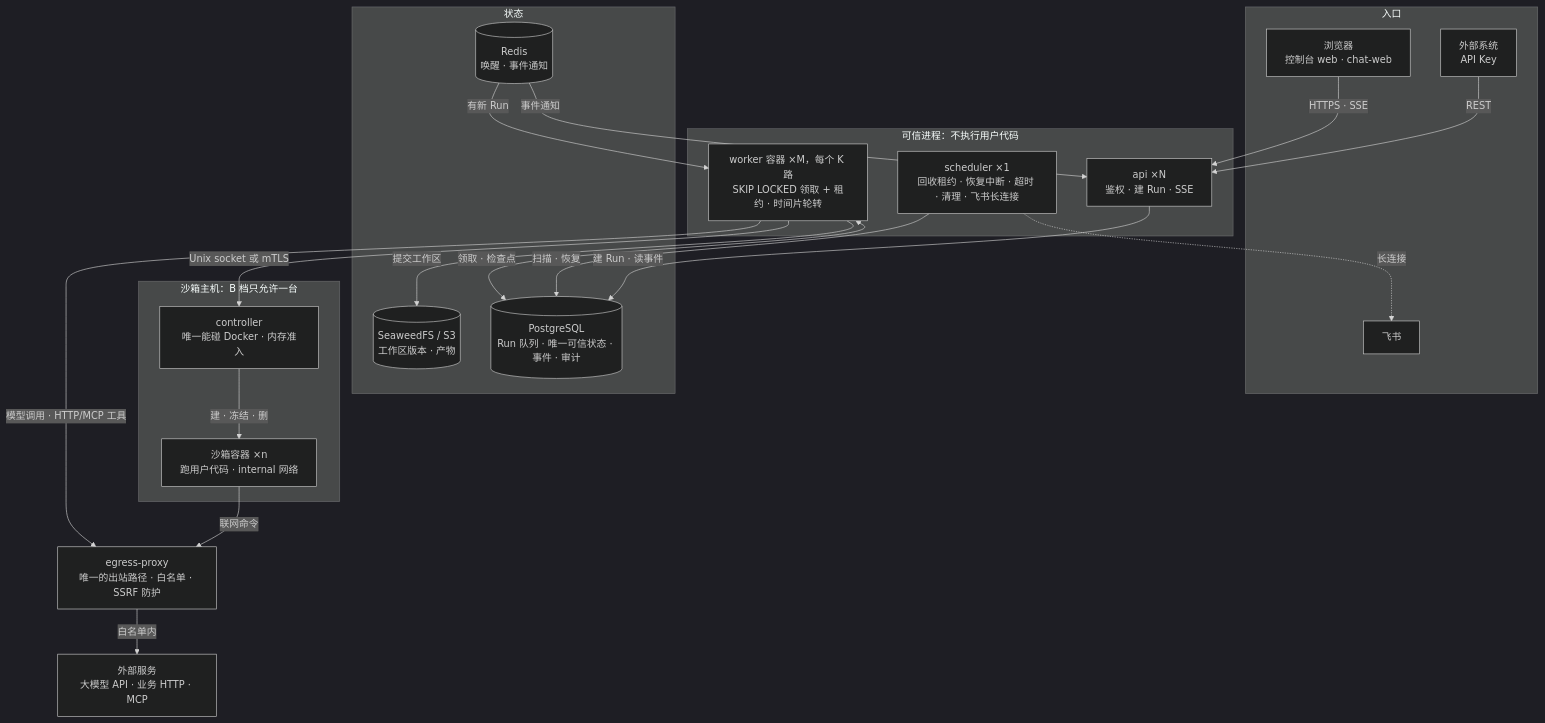
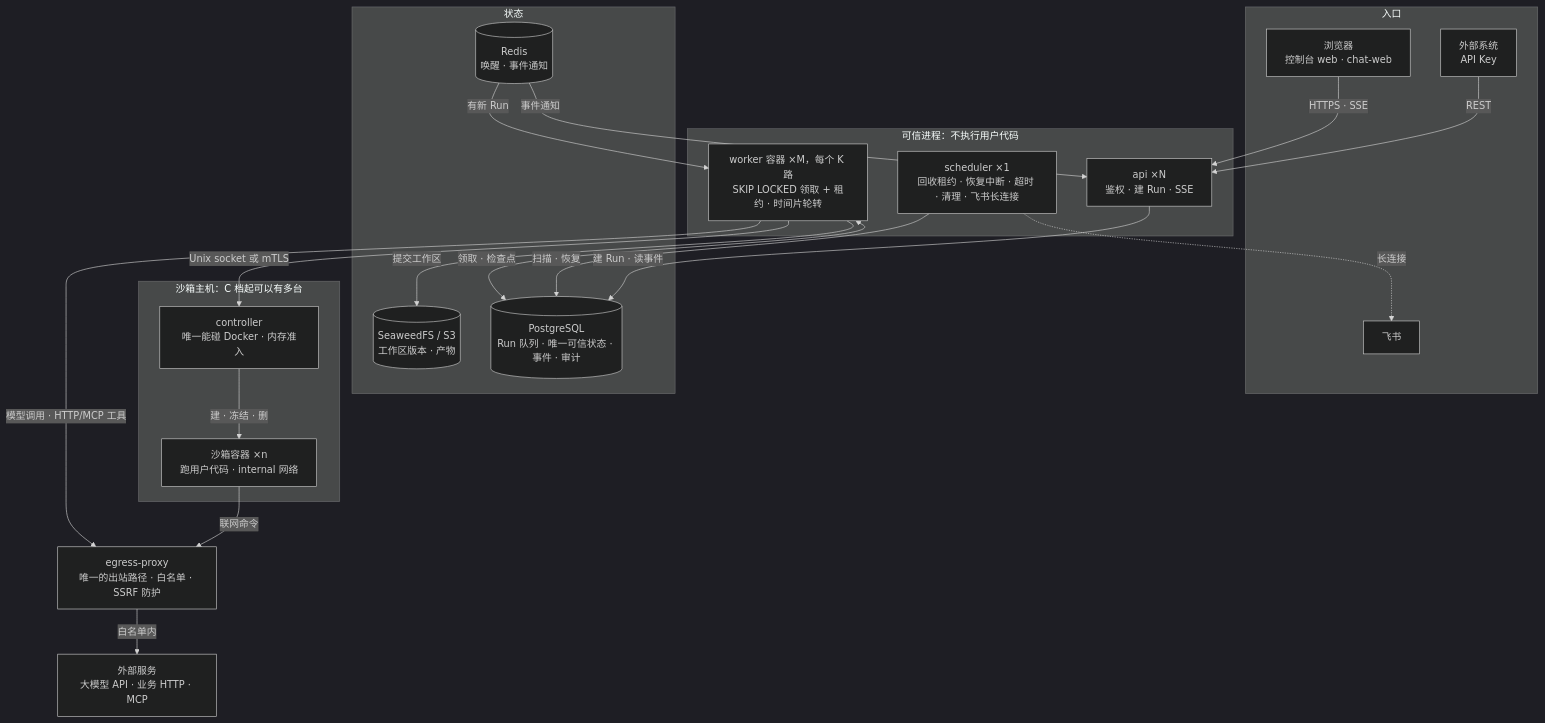
One commit to parkour-Cat/tiny-hermes changed the first of 2 diagrams in docs/architecture.md. Above: the diagram before and after it, drawn with Mermaid (dark theme). The commit also changed other lines of this file and 6 other files, not shown here.

````diff
--- a/docs/architecture.md
+++ b/docs/architecture.md
@@ -22,43 +22,43 @@
 ```mermaid
 flowchart TB
   subgraph entry[入口]
     browser[浏览器<br/>控制台 web · chat-web]
     caller[外部系统<br/>API Key]
     feishu[飞书]
   end
 
   subgraph trusted[可信进程：不执行用户代码]
     api[api ×N<br/>鉴权 · 建 Run · SSE]
     scheduler[scheduler ×1<br/>回收租约 · 恢复中断 · 超时 · 清理 · 飞书长连接]
     worker[worker 容器 ×M，每个 K 路<br/>SKIP LOCKED 领取 + 租约 · 时间片轮转]
   end
 
   subgraph state[状态]
     pg[(PostgreSQL<br/>Run 队列 · 唯一可信状态 · 事件 · 审计)]
     redis[(Redis<br/>唤醒 · 事件通知)]
     s3[(SeaweedFS / S3<br/>工作区版本 · 产物)]
   end
 
-  subgraph sandboxhost[沙箱主机：B 档只允许一台]
+  subgraph sandboxhost[沙箱主机：C 档起可以有多台]
     controller[controller<br/>唯一能碰 Docker · 内存准入]
     sandbox[沙箱容器 ×n<br/>跑用户代码 · internal 网络]
   end
 
   egress[egress-proxy<br/>唯一的出站路径 · 白名单 · SSRF 防护]
   outside[外部服务<br/>大模型 API · 业务 HTTP · MCP]
 
   browser -- HTTPS · SSE --> api
   caller -- REST --> api
   scheduler -. 长连接 .-> feishu
   api -- 建 Run · 读事件 --> pg
   redis -- 事件通知 --> api
   scheduler -- 扫描 · 恢复 --> pg
   redis -- 有新 Run --> worker
   worker <-- 领取 · 检查点 --> pg
   worker -- 提交工作区 --> s3
   worker -- Unix socket 或 mTLS --> controller
   controller -- 建 · 冻结 · 删 --> sandbox
   worker -- 模型调用 · HTTP/MCP 工具 --> egress
   sandbox -- 联网命令 --> egress
   egress -- 白名单内 --> outside
 ```
````
